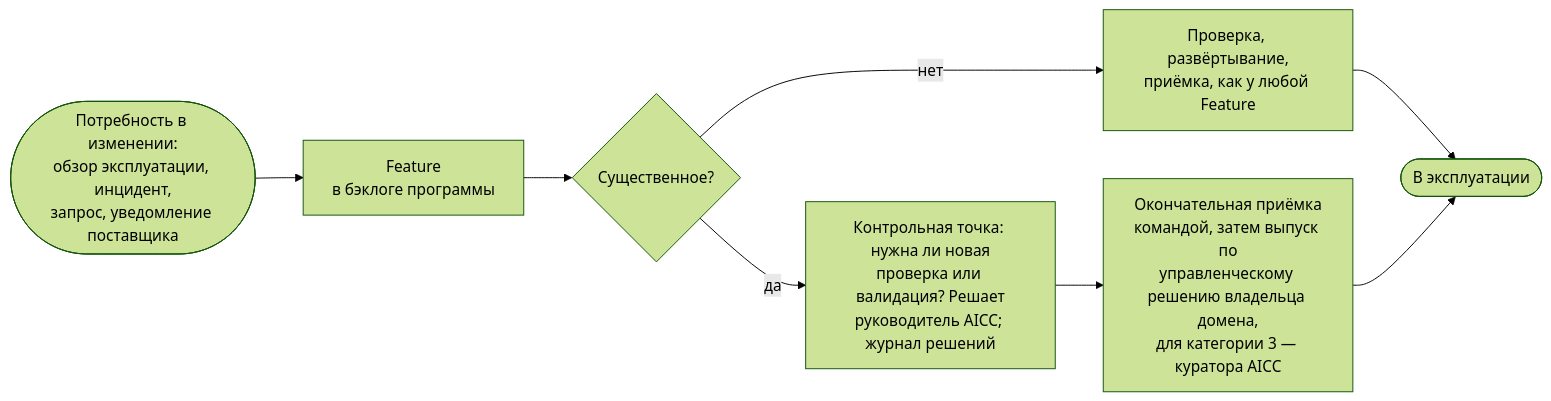
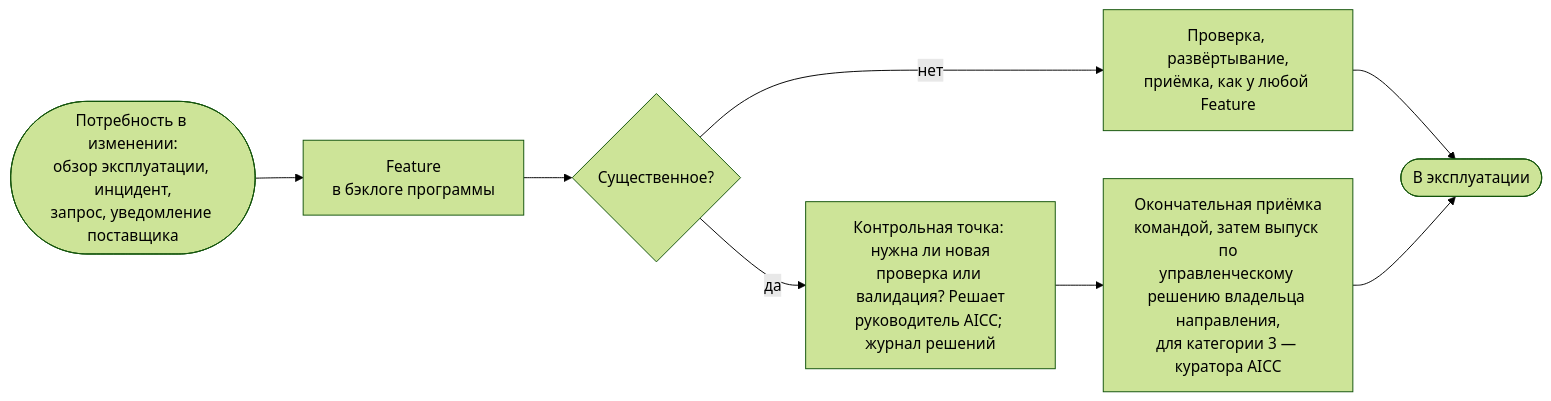
The diagram in portal/content/ru/delivery/life-cycle-management.md (devhogu/ob-aicc), drawn with Mermaid (forest theme) before and after one commit. The commit also changed other lines of this file and 290 other files, not shown here.

````diff
--- a/portal/content/ru/delivery/life-cycle-management.md
+++ b/portal/content/ru/delivery/life-cycle-management.md
@@ -25,10 +25,10 @@
 ```mermaid
 flowchart LR
   R(["Потребность в изменении:<br/>обзор эксплуатации, инцидент,<br/>запрос, уведомление поставщика"]) --> F["Feature<br/>в бэклоге программы"]
   F --> S{"Существенное?"}
   S -->|"нет"| N["Проверка, развёртывание,<br/>приёмка, как у любой Feature"]
   S -->|"да"| K["Контрольная точка: нужна ли новая<br/>проверка или валидация? Решает<br/>руководитель AICC; журнал решений"]
-  K --> T["Окончательная приёмка<br/>командой, затем выпуск по<br/>управленческому решению владельца домена,<br/>для категории 3 — куратора AICC"]
+  K --> T["Окончательная приёмка<br/>командой, затем выпуск по<br/>управленческому решению владельца направления,<br/>для категории 3 — куратора AICC"]
   N --> L(["В эксплуатации"])
   T --> L
 ```
````
